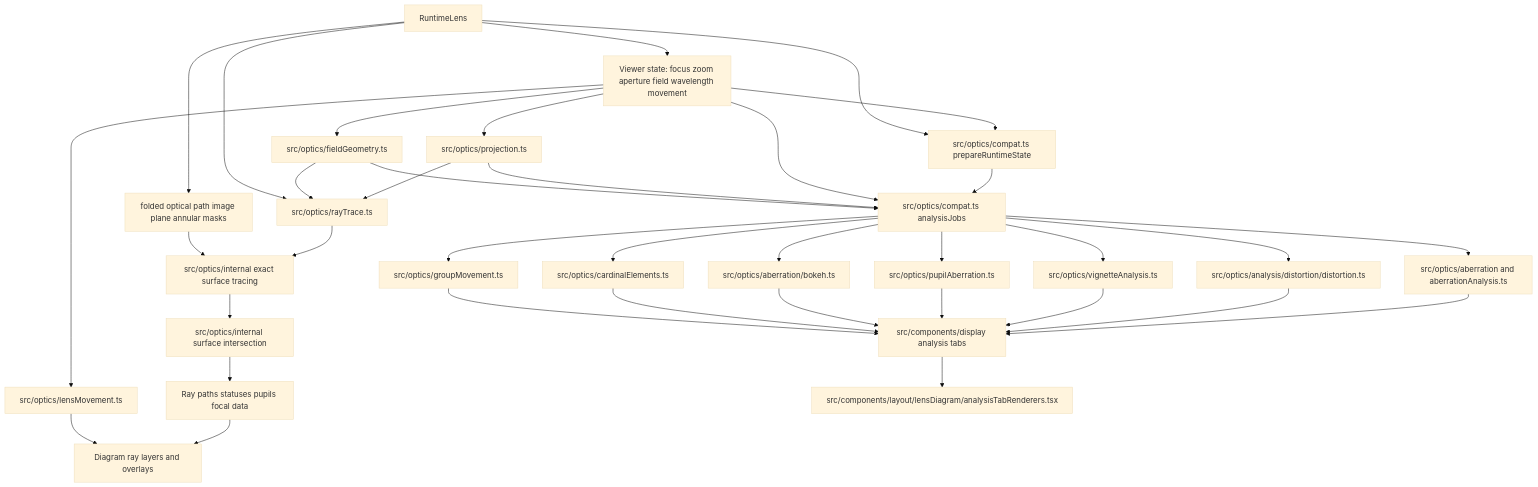
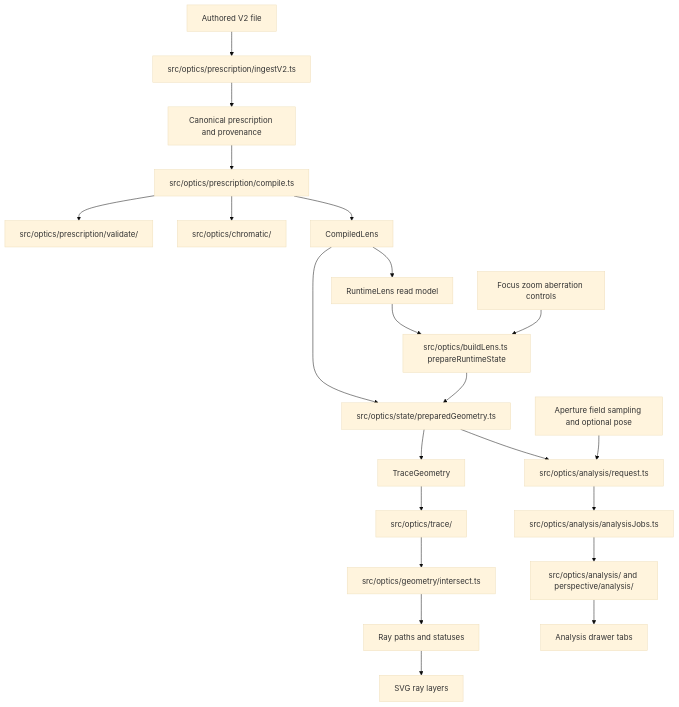
One commit to ronbuening/LensVisualizer changed the third of 3 diagrams in agent_docs/architecture/program-flow.md. Above: the diagram before and after it, drawn with Mermaid (base theme). The commit also changed other lines of this file and 82 other files, not shown here.

````diff
--- a/agent_docs/architecture/program-flow.md
+++ b/agent_docs/architecture/program-flow.md
@@ -102,35 +102,24 @@
 ```mermaid
 flowchart TD
-  Runtime[RuntimeLens] --> Inputs[Viewer state: focus zoom aperture field wavelength movement]
-  Inputs --> Projection[src/optics/projection.ts]
-  Inputs --> Field[src/optics/fieldGeometry.ts]
-  Inputs --> Movement[src/optics/lensMovement.ts]
-  Inputs --> Prepared[src/optics/compat.ts prepareRuntimeState]
-  Runtime --> Prepared
-
-  Projection --> TraceCore[src/optics/rayTrace.ts]
-  Field --> TraceCore
-  Runtime --> TraceCore
-  TraceCore --> Exact[src/optics/internal exact surface tracing]
-  Exact --> Intersections[src/optics/internal surface intersection]
-  Runtime --> Folded[folded optical path image plane annular masks]
-  Folded --> Exact
-  Intersections --> RayResults[Ray paths statuses pupils focal data]
-
-  Prepared --> AnalysisJobs[src/optics/compat.ts analysisJobs]
-  Inputs --> AnalysisJobs
-  Projection --> AnalysisJobs
-  Field --> AnalysisJobs
-  AnalysisJobs --> Aberrations[src/optics/aberration and aberrationAnalysis.ts]
-  AnalysisJobs --> Distortion[src/optics/analysis/distortion/distortion.ts]
-  AnalysisJobs --> Vignetting[src/optics/vignetteAnalysis.ts]
-  AnalysisJobs --> Pupils[src/optics/pupilAberration.ts]
-  AnalysisJobs --> Bokeh[src/optics/aberration/bokeh.ts]
-  AnalysisJobs --> Cardinal[src/optics/cardinalElements.ts]
-  AnalysisJobs --> Groups[src/optics/groupMovement.ts]
-
-  Aberrations & Distortion & Vignetting & Pupils & Bokeh & Cardinal & Groups --> DrawerTabs[src/components/display analysis tabs]
-  RayResults --> DiagramLayers[Diagram ray layers and overlays]
-  Movement --> DiagramLayers
-  DrawerTabs --> Renderers[src/components/layout/lensDiagram/analysisTabRenderers.tsx]
+  V2[Authored V2 file] --> Ingest[src/optics/prescription/ingestV2.ts]
+  Ingest --> Canonical[Canonical prescription and provenance]
+  Canonical --> Compile[src/optics/prescription/compile.ts]
+  Compile --> Validate[src/optics/prescription/validate/]
+  Compile --> Glass[src/optics/chromatic/]
+  Compile --> Compiled[CompiledLens]
+  Compiled --> Runtime[RuntimeLens read model]
+  Compiled --> Prepared[src/optics/state/preparedGeometry.ts]
+  Runtime --> Adapter[src/optics/buildLens.ts prepareRuntimeState]
+  Controls[Focus zoom aberration controls] --> Adapter
+  Adapter --> Prepared
+  Prepared --> TraceGeometry[TraceGeometry]
+  TraceGeometry --> Trace[src/optics/trace/]
+  Trace --> Intersect[src/optics/geometry/intersect.ts]
+  Intersect --> Rays[Ray paths and statuses]
+  Prepared --> Request[src/optics/analysis/request.ts]
+  Aperture[Aperture field sampling and optional pose] --> Request
+  Request --> Jobs[src/optics/analysis/analysisJobs.ts]
+  Jobs --> Families[src/optics/analysis/ and perspective/analysis/]
+  Families --> Drawer[Analysis drawer tabs]
+  Rays --> Diagram[SVG ray layers]
 ```
````
